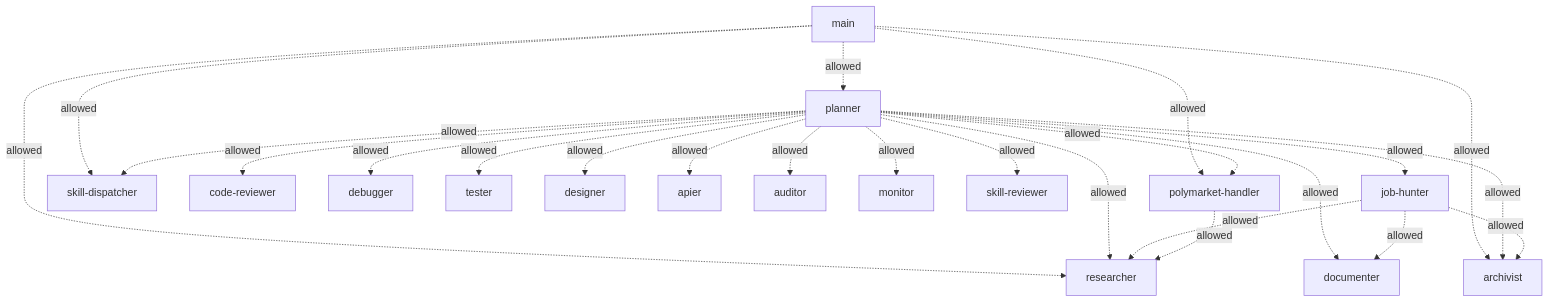
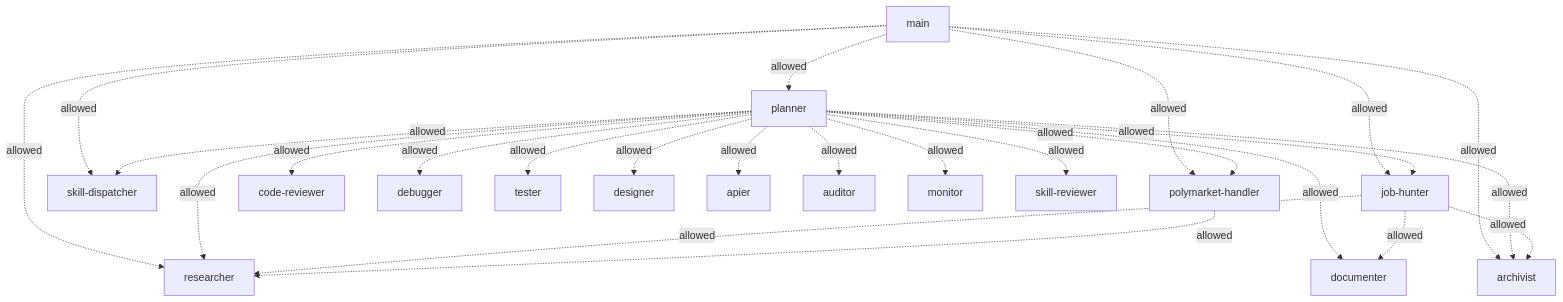
Before and after one commit to SrD836/jarvis-vault: the diagram in agents/index.md, drawn with Mermaid. The commit also changed other lines of this file and 123 other files, not shown here.

````diff
--- a/agents/index.md
+++ b/agents/index.md
@@ -37,26 +37,27 @@
 ```mermaid
 graph TD
   main -.allowed.-> planner
   main -.allowed.-> researcher
   main -.allowed.-> archivist
   main -.allowed.-> polymarket-handler
   main -.allowed.-> skill-dispatcher
+  main -.allowed.-> job-hunter
   planner -.allowed.-> researcher
   planner -.allowed.-> code-reviewer
   planner -.allowed.-> debugger
   planner -.allowed.-> tester
   planner -.allowed.-> documenter
   planner -.allowed.-> designer
   planner -.allowed.-> apier
   planner -.allowed.-> archivist
   planner -.allowed.-> auditor
   planner -.allowed.-> monitor
   planner -.allowed.-> skill-reviewer
   planner -.allowed.-> job-hunter
   planner -.allowed.-> polymarket-handler
   planner -.allowed.-> skill-dispatcher
   job-hunter -.allowed.-> researcher
   job-hunter -.allowed.-> documenter
   job-hunter -.allowed.-> archivist
   polymarket-handler -.allowed.-> researcher
 ```
````
